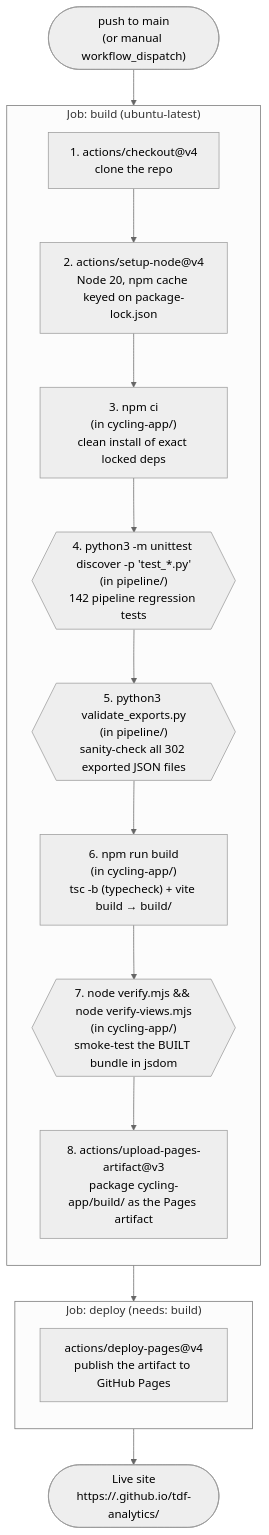
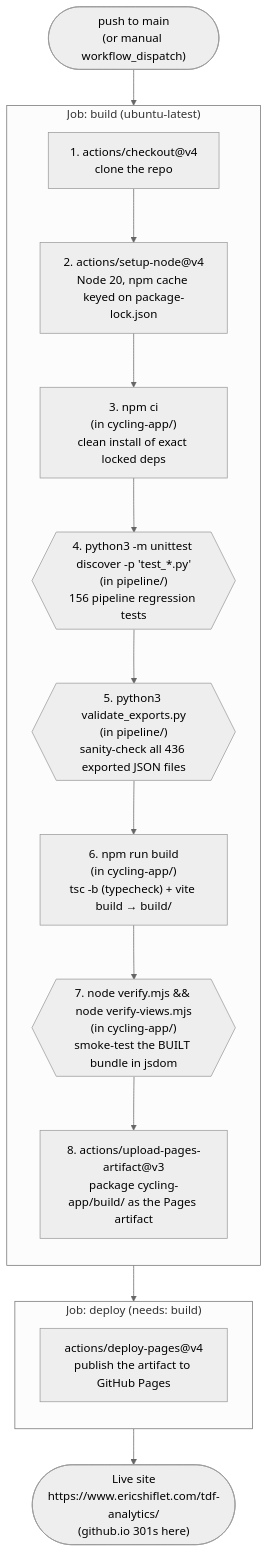
Before and after one commit to eshiflet/tdf-analytics: the third of 3 diagrams in architecture.md, drawn with Mermaid (neutral theme). The commit also changed other lines of this file and 1 other file, not shown here.

````diff
--- a/architecture.md
+++ b/architecture.md
@@ -382,28 +382,28 @@
 ```mermaid
 flowchart TD
     TRIGGER(["push to main<br/>(or manual workflow_dispatch)"])
 
     subgraph BUILD["Job: build (ubuntu-latest)"]
         direction TB
         S1["1. actions/checkout@v4<br/>clone the repo"]
         S2["2. actions/setup-node@v4<br/>Node 20, npm cache keyed on package-lock.json"]
         S3["3. npm ci<br/>(in cycling-app/)<br/>clean install of exact locked deps"]
-        STEST{{"4. python3 -m unittest discover -p 'test_*.py'<br/>(in pipeline/)<br/>142 pipeline regression tests"}}
-        S4{{"5. python3 validate_exports.py<br/>(in pipeline/)<br/>sanity-check all 302 exported JSON files"}}
+        STEST{{"4. python3 -m unittest discover -p 'test_*.py'<br/>(in pipeline/)<br/>156 pipeline regression tests"}}
+        S4{{"5. python3 validate_exports.py<br/>(in pipeline/)<br/>sanity-check all 436 exported JSON files"}}
         S5["6. npm run build<br/>(in cycling-app/)<br/>tsc -b (typecheck) + vite build → build/"]
         S6{{"7. node verify.mjs && node verify-views.mjs<br/>(in cycling-app/)<br/>smoke-test the BUILT bundle in jsdom"}}
         S7["8. actions/upload-pages-artifact@v3<br/>package cycling-app/build/ as the Pages artifact"]
 
         S1 --> S2 --> S3 --> STEST --> S4 --> S5 --> S6 --> S7
     end
 
     subgraph DEPLOY["Job: deploy (needs: build)"]
         direction TB
         D1["actions/deploy-pages@v4<br/>publish the artifact to GitHub Pages"]
     end
 
-    LIVE(["Live site<br/>https://<user>.github.io/tdf-analytics/"])
+    LIVE(["Live site<br/>https://www.ericshiflet.com/tdf-analytics/<br/>(github.io 301s here)"])
 
     TRIGGER --> S1
     S7 --> D1 --> LIVE
 ```
````
